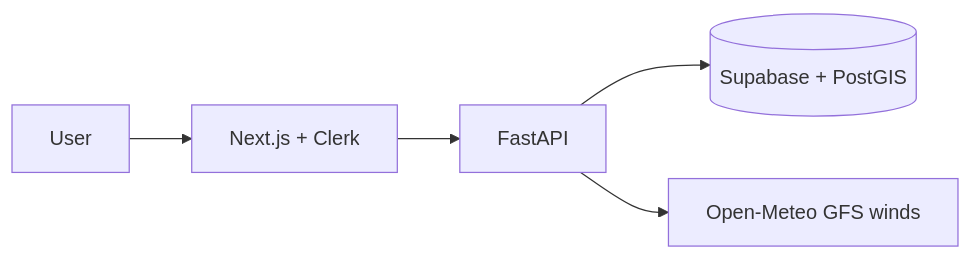
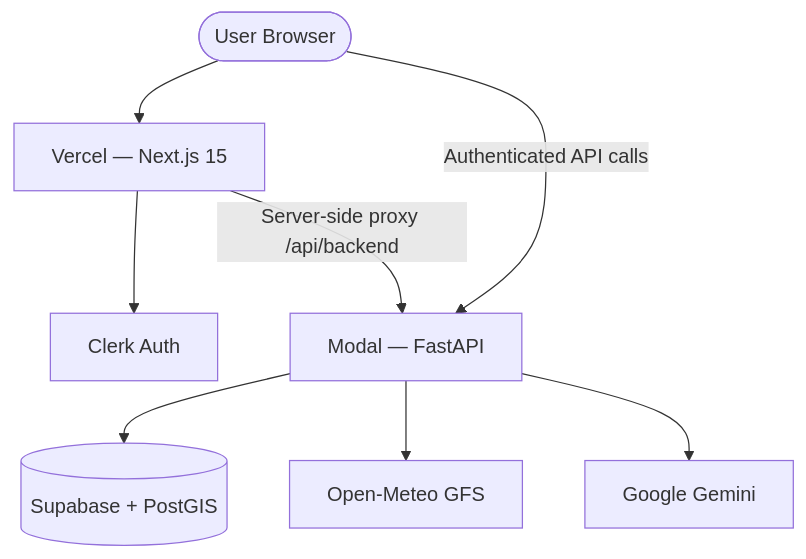
One commit to AnikMajumdar/AeroRoute changed the diagram in README.md. Above: the diagram before and after it, drawn with Mermaid. The commit also changed other lines of this file, not shown here.

````diff
--- a/README.md
+++ b/README.md
@@ -30,7 +64,18 @@
 ```mermaid
-flowchart LR
-    User --> Web[Next.js + Clerk]
-    Web --> API[FastAPI]
-    API --> DB[(Supabase + PostGIS)]
-    API --> OM[Open-Meteo GFS winds]
+flowchart TB
+    User([User Browser])
+    Vercel[Vercel — Next.js 15]
+    Clerk[Clerk Auth]
+    Modal[Modal — FastAPI]
+    Supabase[(Supabase + PostGIS)]
+    OpenMeteo[Open-Meteo GFS]
+    Gemini[Google Gemini]
+
+    User --> Vercel
+    Vercel --> Clerk
+    User -->|Authenticated API calls| Modal
+    Vercel -->|Server-side proxy /api/backend| Modal
+    Modal --> Supabase
+    Modal --> OpenMeteo
+    Modal --> Gemini
 ```
````
